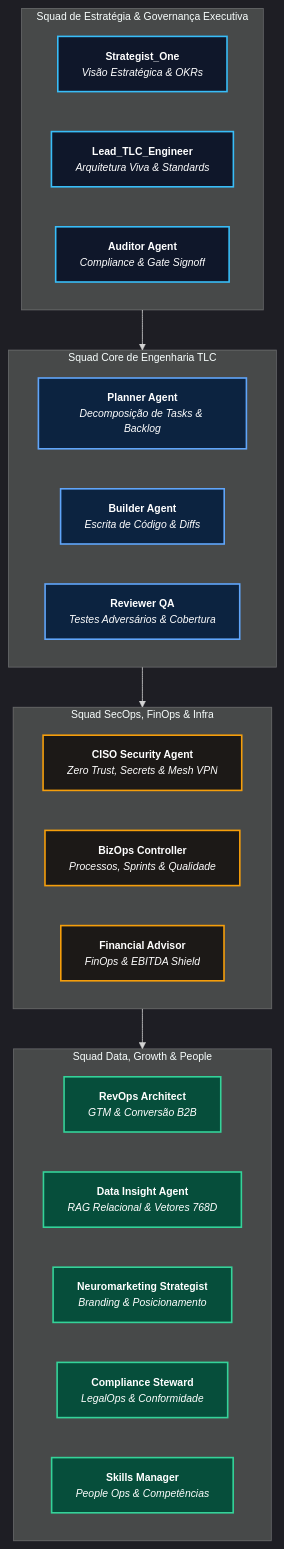
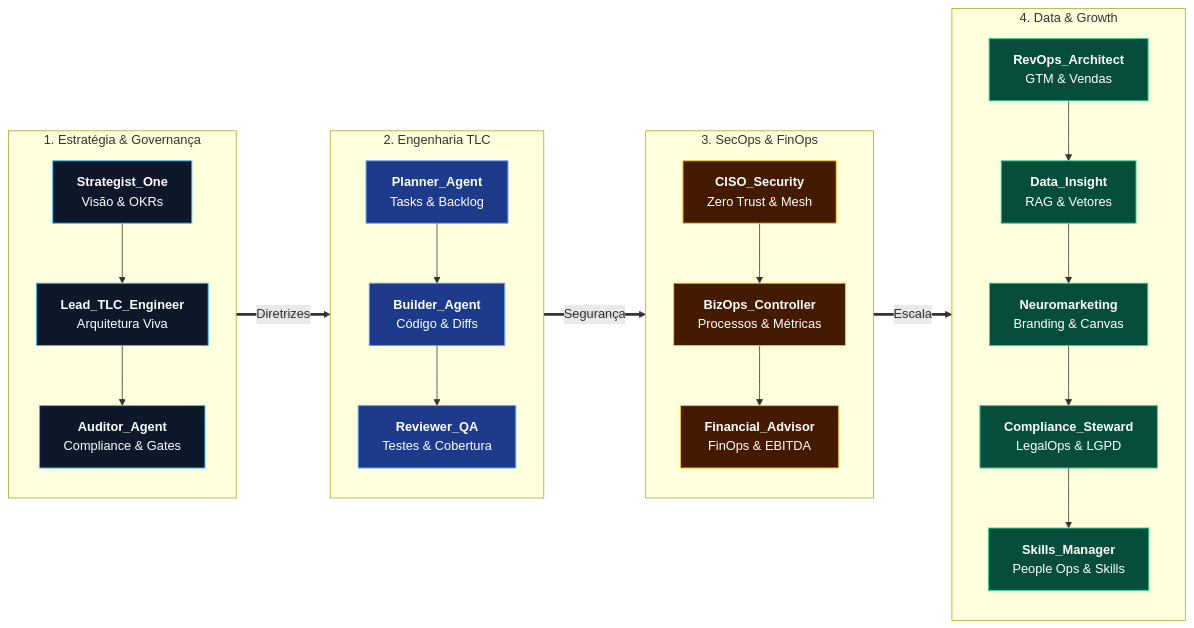
The first of 3 diagrams in projects/Living Architecture PCL AEOS/docs/agents-squads/README.md (EnterDufter/PromptCoreLabs_AEOS), drawn with Mermaid before and after one commit. The commit also changed other lines of this file and 8 other files, not shown here.

Commit message:
docs(mermaid): padronizar 15 diagramas calibrados v7 no repo, github pages e skill cortex

````diff
--- a/projects/Living Architecture PCL AEOS/docs/agents-squads/README.md
+++ b/projects/Living Architecture PCL AEOS/docs/agents-squads/README.md
@@ -15,42 +15,45 @@
 ```mermaid
-%%{init: {'theme': 'dark', 'themeVariables': { 'fontSize': '13px', 'fontFamily': 'Inter, sans-serif' }}}%%
-graph TD
-    classDef strat fill:#0f172a,stroke:#38bdf8,stroke-width:2px,color:#ffffff;
-    classDef core fill:#0c2340,stroke:#60a5fa,stroke-width:2px,color:#ffffff;
-    classDef sec fill:#1c1917,stroke:#f59e0b,stroke-width:2px,color:#ffffff;
-    classDef growth fill:#064e3b,stroke:#34d399,stroke-width:2px,color:#ffffff;
+flowchart LR
+    classDef s1 fill:#0f172a,stroke:#38bdf8,stroke-width:1.2px,color:#ffffff;
+    classDef s2 fill:#1e3a8a,stroke:#60a5fa,stroke-width:1.2px,color:#ffffff;
+    classDef s3 fill:#451a03,stroke:#fbbf24,stroke-width:1.2px,color:#ffffff;
+    classDef s4 fill:#064e3b,stroke:#34d399,stroke-width:1.2px,color:#ffffff;
 
-    subgraph StratSquad["Squad de Estratégia & Governança Executiva"]
-        direction LR
-        S1["<b>Strategist_One</b><br/><i>Visão Estratégica & OKRs</i>"]:::strat
-        LEAD["<b>Lead_TLC_Engineer</b><br/><i>Arquitetura Viva & Standards</i>"]:::strat
-        AUD["<b>Auditor Agent</b><br/><i>Compliance & Gate Signoff</i>"]:::strat
+    subgraph Squad1 ["1. Estratégia & Governança"]
+        direction TB
+        A1["<b>Strategist_One</b><br/>Visão & OKRs"]:::s1
+        A2["<b>Lead_TLC_Engineer</b><br/>Arquitetura Viva"]:::s1
+        A3["<b>Auditor_Agent</b><br/>Compliance & Gates"]:::s1
+        A1 --> A2 --> A3
     end
 
-    subgraph CoreSquad["Squad Core de Engenharia TLC"]
-        direction LR
-        PLN["<b>Planner Agent</b><br/><i>Decomposição de Tasks & Backlog</i>"]:::core
-        BLD["<b>Builder Agent</b><br/><i>Escrita de Código & Diffs</i>"]:::core
-        QA["<b>Reviewer QA</b><br/><i>Testes Adversários & Cobertura</i>"]:::core
+    subgraph Squad2 ["2. Engenharia TLC"]
+        direction TB
+        A4["<b>Planner_Agent</b><br/>Tasks & Backlog"]:::s2
+        A5["<b>Builder_Agent</b><br/>Código & Diffs"]:::s2
+        A6["<b>Reviewer_QA</b><br/>Testes & Cobertura"]:::s2
+        A4 --> A5 --> A6
     end
 
-    subgraph SecOpsSquad["Squad SecOps, FinOps & Infra"]
-        direction LR
-        CISO["<b>CISO Security Agent</b><br/><i>Zero Trust, Secrets & Mesh VPN</i>"]:::sec
-        BIZ["<b>BizOps Controller</b><br/><i>Processos, Sprints & Qualidade</i>"]:::sec
-        FIN["<b>Financial Advisor</b><br/><i>FinOps & EBITDA Shield</i>"]:::sec
+    subgraph Squad3 ["3. SecOps & FinOps"]
+        direction TB
+        A7["<b>CISO_Security</b><br/>Zero Trust & Mesh"]:::s3
+        A8["<b>BizOps_Controller</b><br/>Processos & Métricas"]:::s3
+        A9["<b>Financial_Advisor</b><br/>FinOps & EBITDA"]:::s3
+        A7 --> A8 --> A9
     end
 
-    subgraph GrowthDataSquad["Squad Data, Growth & People"]
-        direction LR
-        REV["<b>RevOps Architect</b><br/><i>GTM & Conversão B2B</i>"]:::growth
-        DATA["<b>Data Insight Agent</b><br/><i>RAG Relacional & Vetores 768D</i>"]:::growth
-        NEURO["<b>Neuromarketing Strategist</b><br/><i>Branding & Posicionamento</i>"]:::growth
-        COMP["<b>Compliance Steward</b><br/><i>LegalOps & Conformidade</i>"]:::growth
-        SKILL["<b>Skills Manager</b><br/><i>People Ops & Competências</i>"]:::growth
+    subgraph Squad4 ["4. Data & Growth"]
+        direction TB
+        A10["<b>RevOps_Architect</b><br/>GTM & Vendas"]:::s4
+        A11["<b>Data_Insight</b><br/>RAG & Vetores"]:::s4
+        A12["<b>Neuromarketing</b><br/>Branding & Canvas"]:::s4
+        A13["<b>Compliance_Steward</b><br/>LegalOps & LGPD"]:::s4
+        A14["<b>Skills_Manager</b><br/>People Ops & Skills"]:::s4
+        A10 --> A11 --> A12 --> A13 --> A14
     end
 
-    StratSquad --> CoreSquad
-    CoreSquad --> SecOpsSquad
-    SecOpsSquad --> GrowthDataSquad
+    Squad1 ==>|"Diretrizes"| Squad2
+    Squad2 ==>|"Segurança"| Squad3
+    Squad3 ==>|"Escala"| Squad4
 ```
````
